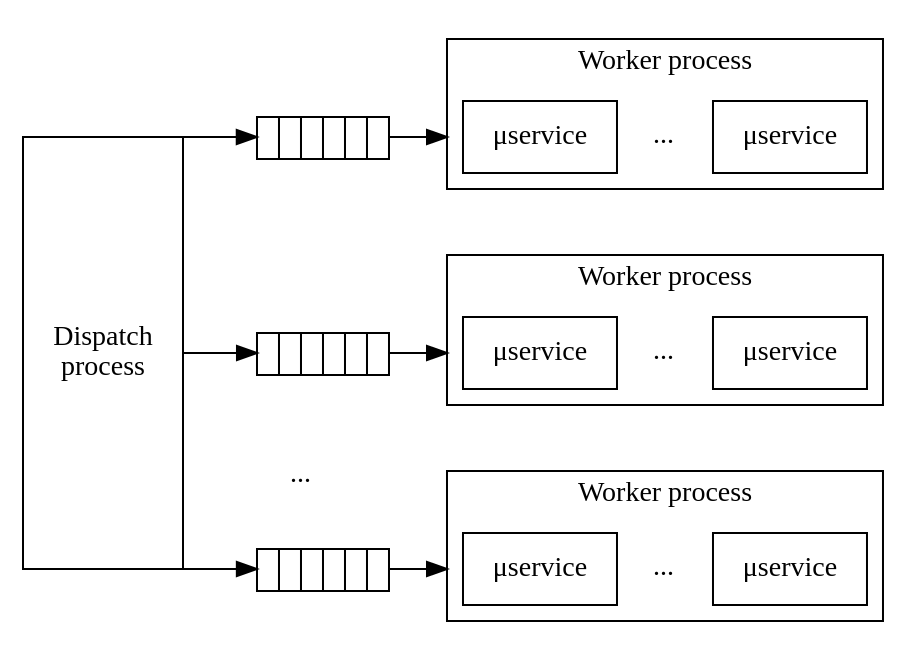
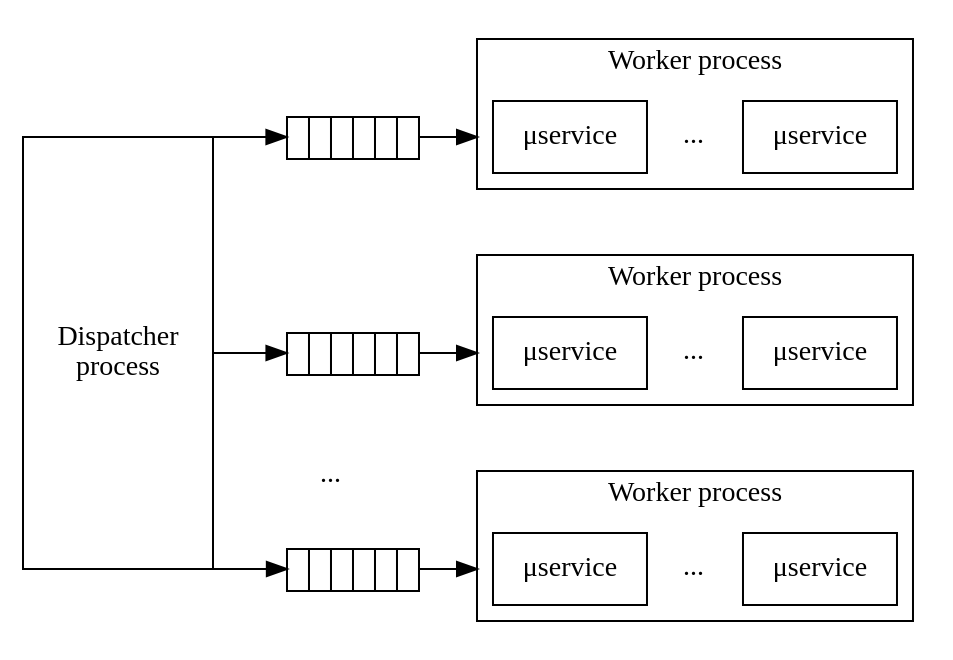
The diagram in figs/system.dot (solb/thesis), drawn with Graphviz before and after one commit. The commit also changed 4 other files, not shown here.

```diff
--- a/figs/system.dot
+++ b/figs/system.dot
@@ -1,54 +1,54 @@
 digraph {
 	compound=true;
 	rankdir=LR;
 	splines=false;
 	node [shape=rect];
 
 	subgraph {
 		node [label=<
 			<table border="0" cellborder="1" cellspacing="0">
 				<tr>
 					<td> </td>
 					<td> </td>
 					<td> </td>
 					<td> </td>
 					<td> </td>
 					<td> </td>
 				</tr>
 			</table>
 		>, margin=0, shape=none];
 
 		queue0;
 		queue1;
 		queue2;
 	}
 
 	subgraph {
 		label="Worker process";
 		edge [color=invis, label=<<sub>...</sub>>];
 		node [label="μservice"];
 
 		subgraph cluster0 {
 			uservice00 -> uservice0N;
 		}
 
 		subgraph cluster1 {
 			uservice10 -> uservice1N;
 		}
 
 		subgraph cluster2 {
 			uservice20 -> uservice2N;
 		}
 
 		queue1 -> queue2 [constraint=false];
 	}
 
-	dispatch [height=3, label="Dispatch\nprocess"];
+	dispatch [height=3, label="Dispatcher\nprocess"];
 
 	dispatch:ne -> queue0;
 	dispatch -> queue1;
 	dispatch:se -> queue2
 	queue0 -> uservice00 [lhead=cluster0];
 	queue1 -> uservice10 [lhead=cluster1];
 	queue2 -> uservice20 [lhead=cluster2];
 }
```
